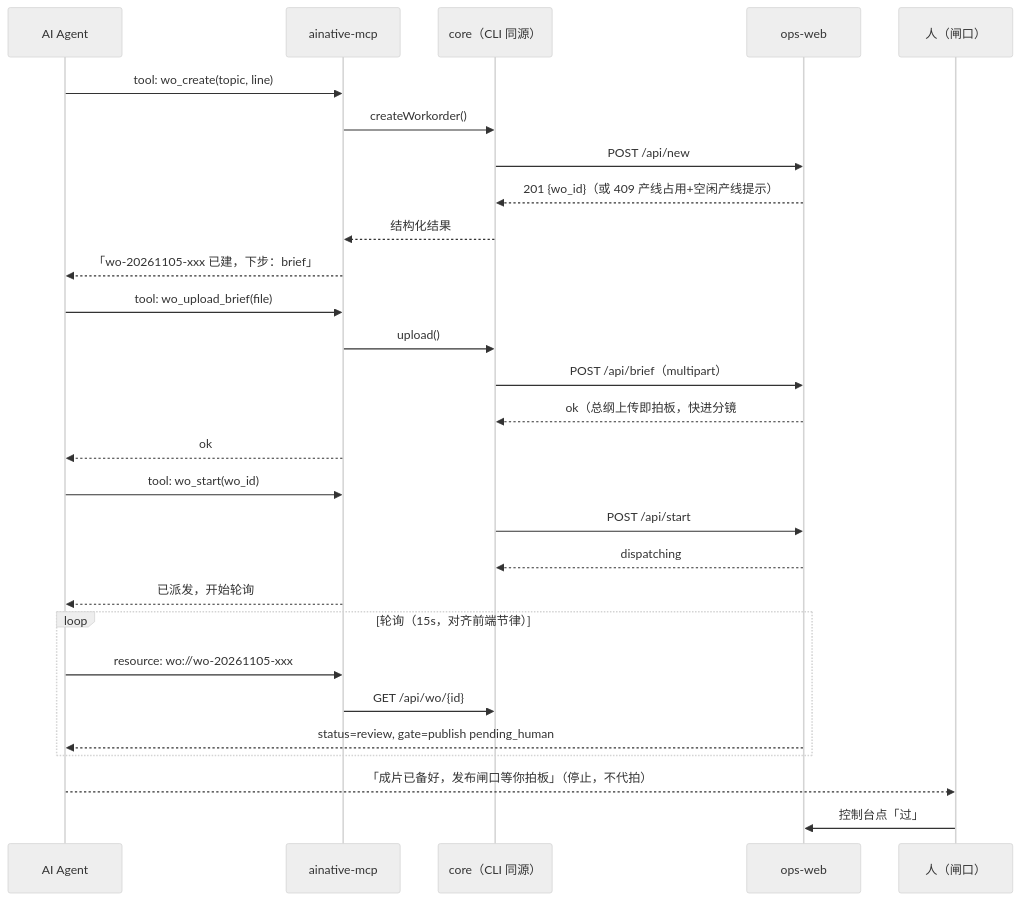
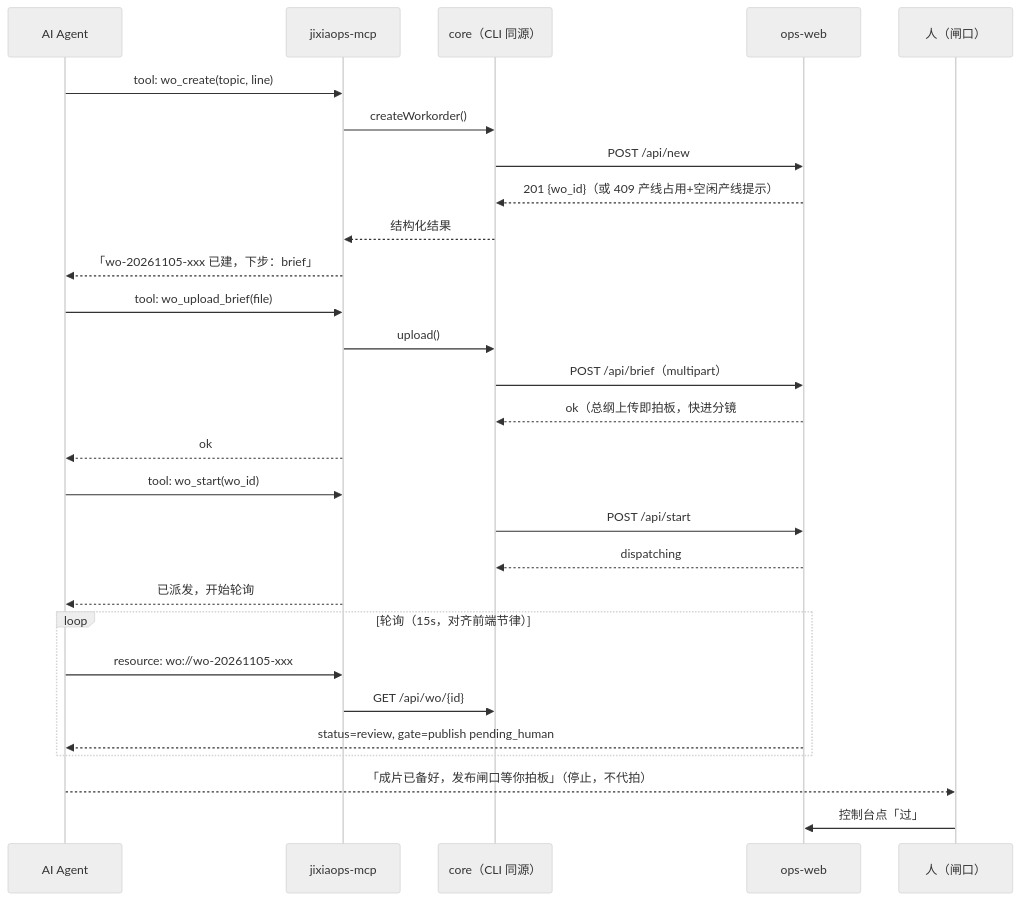
The fourth of 9 diagrams in docs/agent-plugin-architecture.md (huaweicloud-mate/jixiaops-cli), drawn with Mermaid (neutral theme) before and after one commit. The commit also changed other lines of this file and 11 other files, not shown here.

First line of the commit message:
v0.5.0: 更名 ainative → jixiaops（包名/bin/配置目录/env，旧环境零迁移）

````diff
--- a/docs/agent-plugin-architecture.md
+++ b/docs/agent-plugin-architecture.md
@@ -215,35 +215,35 @@
 ```mermaid
 sequenceDiagram
     participant Ag as AI Agent
-    participant Mcp as ainative-mcp
+    participant Mcp as jixiaops-mcp
     participant Cli as core（CLI 同源）
     participant OW as ops-web
     participant Human as 人（闸口）
 
     Ag->>Mcp: tool: wo_create(topic, line)
     Mcp->>Cli: createWorkorder()
     Cli->>OW: POST /api/new
     OW-->>Cli: 201 {wo_id}（或 409 产线占用+空闲产线提示）
     Cli-->>Mcp: 结构化结果
     Mcp-->>Ag: 「wo-20261105-xxx 已建，下步：brief」
 
     Ag->>Mcp: tool: wo_upload_brief(file)
     Mcp->>Cli: upload()
     Cli->>OW: POST /api/brief（multipart）
     OW-->>Cli: ok（总纲上传即拍板，快进分镜 #20）
     Mcp-->>Ag: ok
 
     Ag->>Mcp: tool: wo_start(wo_id)
     Cli->>OW: POST /api/start
     OW-->>Cli: dispatching
     Mcp-->>Ag: 已派发，开始轮询
 
     loop 轮询（15s，对齐前端节律）
         Ag->>Mcp: resource: wo://wo-20261105-xxx
         Mcp->>Cli: GET /api/wo/{id}
         OW-->>Ag: status=review, gate=publish pending_human
     end
 
     Ag-->>Human: 「成片已备好，发布闸口等你拍板」（停止，不代拍）
     Human->>OW: 控制台点「过」
 ```
````
